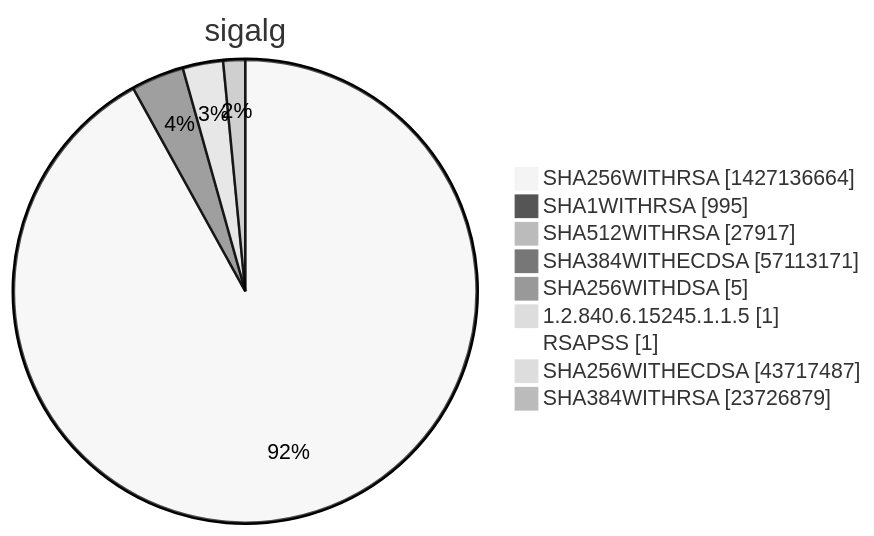
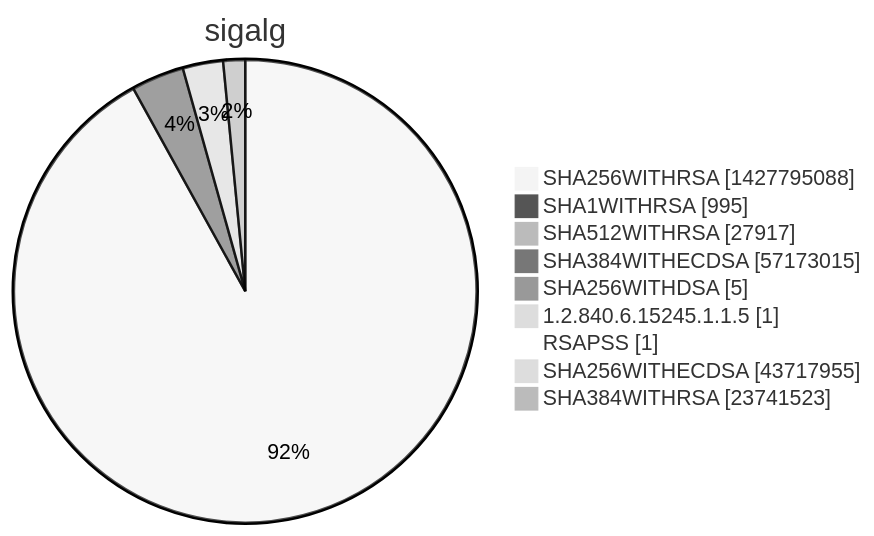
Before and after one commit to christiankrug/ctmonitor_visualization: diagram 15 of 15 in xenon2022/README.md, drawn with Mermaid (neutral theme). The commit also changed other lines of this file, not shown here.

````diff
--- a/xenon2022/README.md
+++ b/xenon2022/README.md
@@ -5860,13 +5860,13 @@
 ```mermaid
 pie showData
 title sigalg
-"SHA256WITHRSA" :1427136664
+"SHA256WITHRSA" :1427795088
 "SHA1WITHRSA" :995
 "SHA512WITHRSA" :27917
-"SHA384WITHECDSA" :57113171
+"SHA384WITHECDSA" :57173015
 "SHA256WITHDSA" :5
 "1.2.840.6.15245.1.1.5" :1
 "RSAPSS" :1
-"SHA256WITHECDSA" :43717487
-"SHA384WITHRSA" :23726879
+"SHA256WITHECDSA" :43717955
+"SHA384WITHRSA" :23741523
 ```
````
